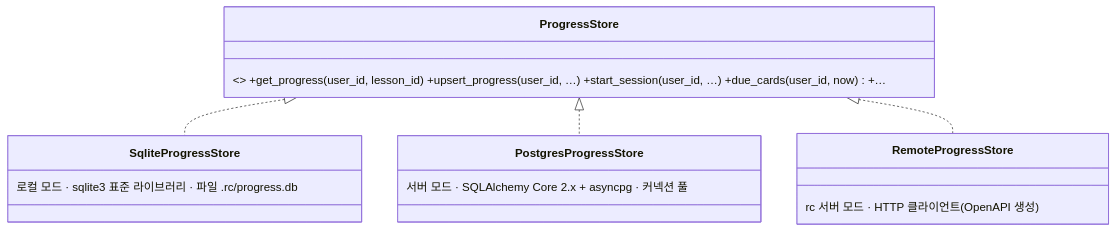
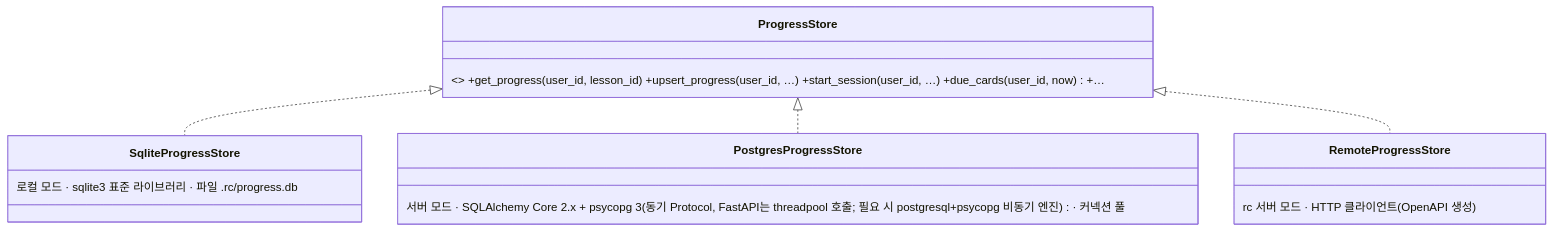
The second of 3 diagrams in docs/platform-design.md (Lee-Hyeong-Jin/devjinlab_robotics_curriculum), drawn with Mermaid before and after one commit. The commit also changed other lines of this file and 1 other file, not shown here.

Commit message:
docs: adopt db-engineer proposals — psycopg 3, RC_DATABASE_URL, in-package Alembic migrations

````diff
--- a/docs/platform-design.md
+++ b/docs/platform-design.md
@@ -556,10 +556,10 @@
 ```mermaid
 classDiagram
   class ProgressStore { <<interface>> +get_progress(user_id, lesson_id) +upsert_progress(user_id, …) +start_session(user_id, …) +due_cards(user_id, now) +… }
   class SqliteProgressStore { 로컬 모드 · sqlite3 표준 라이브러리 · 파일 .rc/progress.db }
-  class PostgresProgressStore { 서버 모드 · SQLAlchemy Core 2.x + asyncpg · 커넥션 풀 }
+  class PostgresProgressStore { 서버 모드 · SQLAlchemy Core 2.x + psycopg 3 (동기 Protocol, FastAPI는 threadpool 호출; 필요 시 postgresql+psycopg 비동기 엔진) · 커넥션 풀 }
   class RemoteProgressStore { rc 서버 모드 · HTTP 클라이언트 (OpenAPI 생성) }
   ProgressStore <|.. SqliteProgressStore
   ProgressStore <|.. PostgresProgressStore
   ProgressStore <|.. RemoteProgressStore
 ```
````
